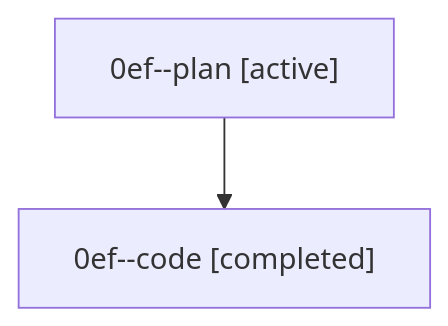
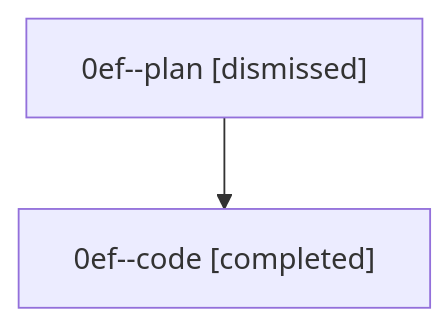
Before and after one commit to sase-org/sase--agents: the diagram in sessions/bbugyi200.athena.0ef.md, drawn with Mermaid. The commit also changed other lines of this file and 30 other files, not shown here.

````diff
--- a/sessions/bbugyi200.athena.0ef.md
+++ b/sessions/bbugyi200.athena.0ef.md
@@ -9,6 +9,6 @@
 ```mermaid
 flowchart TD
-  n0["0ef--plan [active]"]
+  n0["0ef--plan [dismissed]"]
   n1["0ef--code [completed]"]
   n0 --> n1
 ```
````
